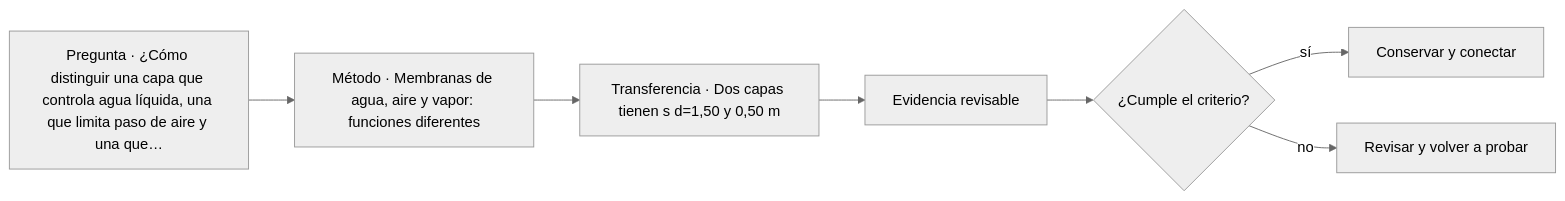
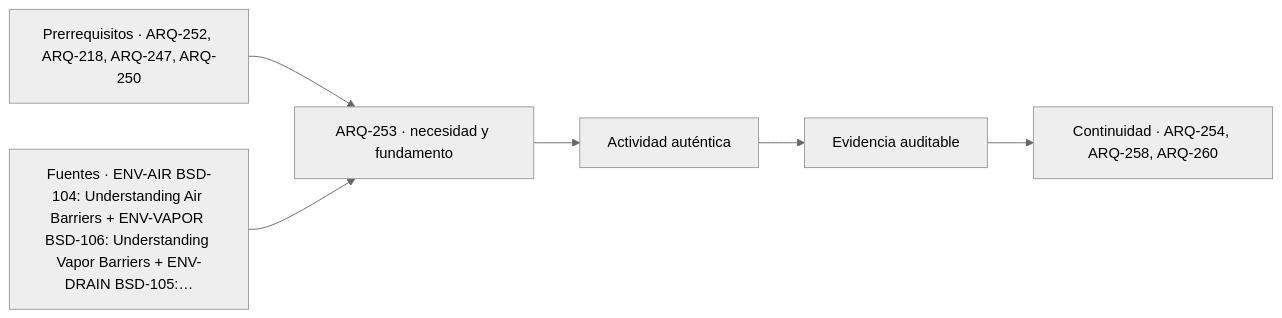
One commit to vladimiracunadev-create/architecture-built-environment-learning-program changed the diagram in classes/parte-26/ARQ-253.md. Above: the diagram before and after it, drawn with Mermaid (neutral theme). The commit also changed other lines of this file and 761 other files, not shown here.

````diff
--- a/classes/parte-26/ARQ-253.md
+++ b/classes/parte-26/ARQ-253.md
@@ -115,9 +127,8 @@
 ```mermaid
 flowchart LR
-    Q["Pregunta · ¿Cómo distinguir una capa que controla agua líquida, una que limita paso de aire y una que…"] --> M["Método · Membranas de agua, aire y vapor: funciones diferentes"]
-    M --> P["Transferencia · Dos capas tienen s d=1,50 y 0,50 m"]
-    P --> E["Evidencia revisable"]
-    E --> C{"¿Cumple el criterio?"}
-    C -->|sí| T["Conservar y conectar"]
-    C -->|no| R["Revisar y volver a probar"]
+    A["Prerrequisitos · ARQ-252, ARQ-218, ARQ-247, ARQ-250"] --> B["ARQ-253 · necesidad y fundamento"]
+    S["Fuentes · ENV-AIR BSD-104: Understanding Air Barriers + ENV-VAPOR BSD-106: Understanding Vapor Barriers + ENV-DRAIN BSD-105:…"] --> B
+    B --> C["Actividad auténtica"]
+    C --> D["Evidencia auditable"]
+    D --> E["Continuidad · ARQ-254, ARQ-258, ARQ-260"]
 ```
````
